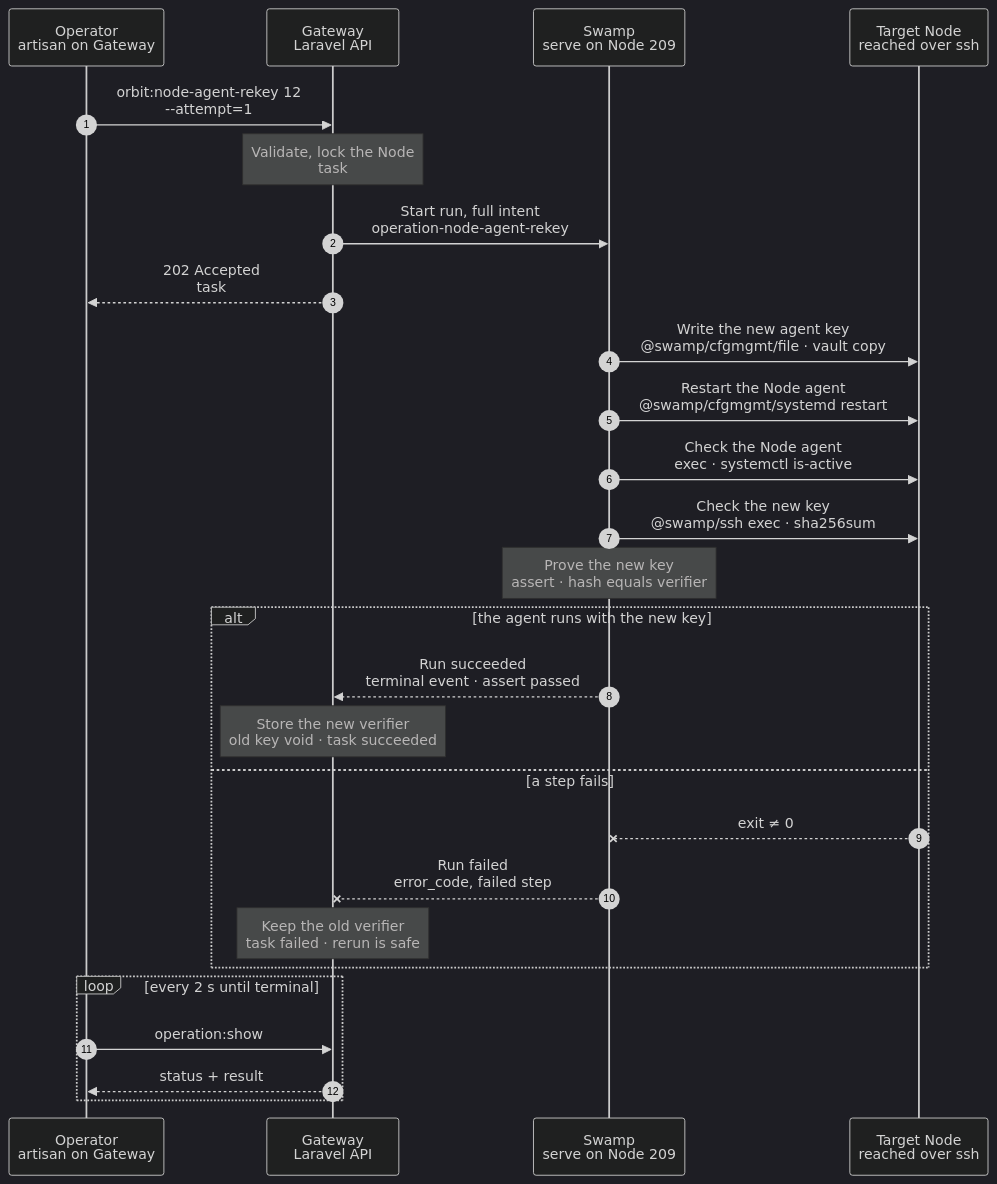
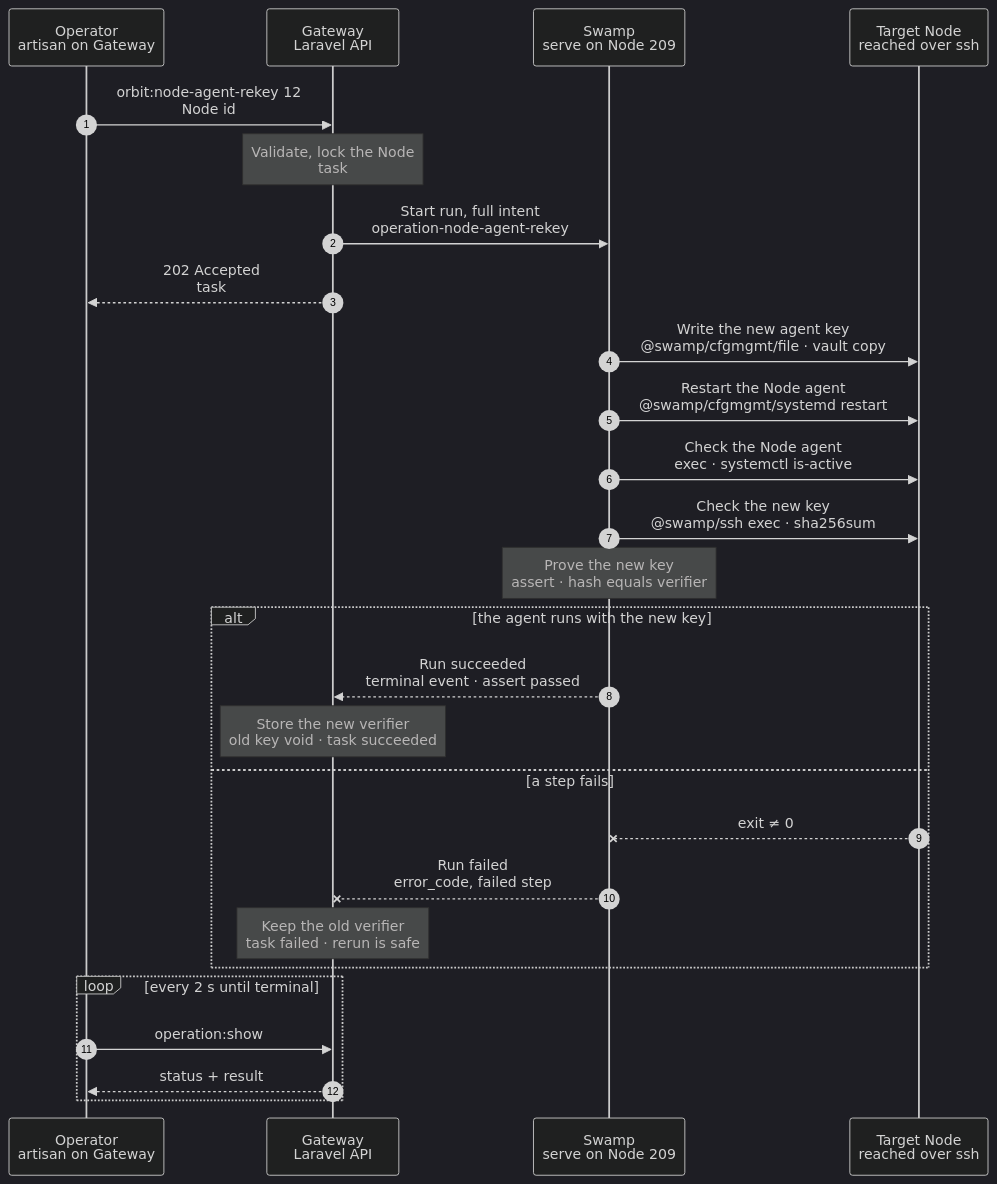
The diagram in docs/cli/node/agent-rekey.mmd (hardimpactdev/orbit), drawn with Mermaid (dark theme) before and after one commit. The commit also changed 7 other files, not shown here.

First line of the commit message:
docs(cli): draw node charts with a required-only main path

```diff
--- a/docs/cli/node/agent-rekey.mmd
+++ b/docs/cli/node/agent-rekey.mmd
@@ -1,110 +1,112 @@
 sequenceDiagram
   %% Target design: ADR 0244 task, DECISIONS R2-R4, agent-observer-swamp-acts; the Gateway makes the key and passes it to the Node through one vault copy (Q-SECRET). docs/reference/node-agent.md#agent-secret.
   %% status: draft
   %% command: orbit:node-agent-rekey
   %% kind: node.agent_rekey
+  %% Rule 23: 2026-11-03 required-only main path.
   autonumber
   %% lane OP icon=terminal pill=caller tone=gray
   %% lane GW icon=gateway pill=intent tone=blue
   %% lane SW icon=workflow pill=executes tone=green
   %% lane N icon=server pill=target tone=amber
   participant OP as Operator<br/>artisan on Gateway
   participant GW as Gateway<br/>Laravel API
   participant SW as Swamp<br/>serve on Node 209
   participant N as Target Node<br/>reached over ssh
-  OP->>GW: orbit:node-agent-rekey 12<br/>--attempt=1
+  OP->>GW: orbit:node-agent-rekey 12<br/>Node id
   %%> Command:
-  %%> - `php artisan orbit:node-agent-rekey 12 --attempt=1`
+  %%> - `php artisan orbit:node-agent-rekey 12`
   %%> - syntax: `<node> [--attempt=N]`
   %%> Input:
   %%> - the Node id
-  %%> - `--attempt` numbers the request; the same number returns the same task, a higher number asks for a new key again
+  %%> Optional flags:
+  %%> - `--attempt=N` (default 1) numbers the request; it adds no steps; the same number returns the same task, a higher number asks for a new key again
   %%> When:
   %%> - the Gateway refuses the Node agent's reports because its key is missing or doesn't match the recorded verifier
   %%> - `node:converge` failed because the Node agent's key doesn't match
   %%> - a planned key rotation
   %%> Who can call it:
   %%> - an operator on the Gateway host; there is no `orbit` CLI or MCP command
   Note over GW: Validate, lock the Node<br/>task #5134 · Node 12
   %%> Requirements:
   %%> - Node 12 is an active, managed Linux Node with stored SSH host keys
   %%> - no converge or rekey runs for Node 12; both use the same lock per Node
   %%> What it does:
   %%> - makes 32 random bytes as 64 hex characters, the new key
   %%> - writes the key to one vault copy, `node-agent-rekey-12-1`
   %%> Result:
   %%> - task #5134 recorded with the full intent and the new key's SHA-256 verifier; never the key
   %%> - the old verifier stays valid; nothing has happened on the Node yet
   GW->>SW: Start run, full intent<br/>operation-node-agent-rekey
   %%> What it does:
   %%> - starts one Swamp run on serve (Node 209)
   %%> Inputs:
   %%> - Node 12's address and SSH host keys; the SSH identity comes from the `swamp` role
   %%> - the key path `/etc/orbit/agent/secret` and the new verifier
   %%> - the vault copy's name, not its value
   GW-->>OP: 202 Accepted<br/>task #5134
   %%> What you get:
   %%> - the task number, at once
   %%> Next:
   %%> - follow the task with `orbit operation:show`
   SW->>N: Write the new agent key<br/>@swamp/cfgmgmt/file · vault copy
   %%> What it does:
   %%> - writes the vault copy to `/etc/orbit/agent/secret`, `root:root`, mode `0600`
   %%> Never:
   %%> - the key enters the task, a log or the step's data
   %%> How:
   %%> - `@swamp/cfgmgmt/file` from 209, with sudo
   SW->>N: Restart the Node agent<br/>@swamp/cfgmgmt/systemd restart
   %%> What it does:
   %%> - restarts `orbit-agent.service`
   %%> Why a restart:
   %%> - the agent reads its key only when it starts; a reload can't change it
   %%> Until the Gateway records the verifier:
   %%> - the Gateway refuses reports signed with the new key; the agent retries every few seconds
   SW->>N: Check the Node agent<br/>exec · systemctl is-active
   %%> What it does:
   %%> - fails unless `orbit-agent` is active again
   SW->>N: Check the new key<br/>@swamp/ssh exec · sha256sum
   %%> What it does:
   %%> - reads the SHA-256 of `/etc/orbit/agent/secret`
   Note over SW: Prove the new key<br/>assert · hash equals verifier
   %%> What it does:
   %%> - asserts that the key file's SHA-256 equals the recorded verifier
   %%> - this is the terminal result
   alt the agent runs with the new key
     SW-->>GW: Run succeeded<br/>terminal event · assert passed
     %%> How the Gateway learns it:
     %%> - its shared run reader sees the terminal event; Swamp never calls the Gateway
     Note over GW: Store the new verifier<br/>old key void · task succeeded
     %%> What it does:
     %%> - stores the verifier from the intent and deletes the vault copy
     %%> Result:
     %%> - Node 12's recorded verifier is the new one; the old key no longer works
     %%> - the Node agent's next report is accepted again
     %%> - task #5134 succeeds
   else a step fails
     N--xSW: exit ≠ 0
     %%> When:
     %%> - the key can't be written, the agent doesn't come back up, or the hash differs
     %%> No rollback:
     %%> - the Node may hold the new key while the Gateway keeps the old verifier; the agent stays locked out until a rerun
     SW--xGW: Run failed<br/>error_code, failed step
     %%> The Gateway reads:
     %%> - which step failed and its error code
     Note over GW: Keep the old verifier<br/>task failed · rerun is safe
     %%> What it does:
     %%> - deletes the vault copy
     %%> Result:
     %%> - Node 12's verifier stays unchanged
     %%> - task #5134 fails
     %%> Retry:
     %%> - run the command again with `--attempt=2` after fixing the cause; it makes a fresh key
   end
   loop every 2 s until terminal
     OP->>GW: operation:show #5134
     %%> What it does:
     %%> - asks for the task's status every 2 seconds until it has ended
     GW-->>OP: status + result
     %%> Returns:
     %%> - the current status, and the result once the task has ended
   end
```
